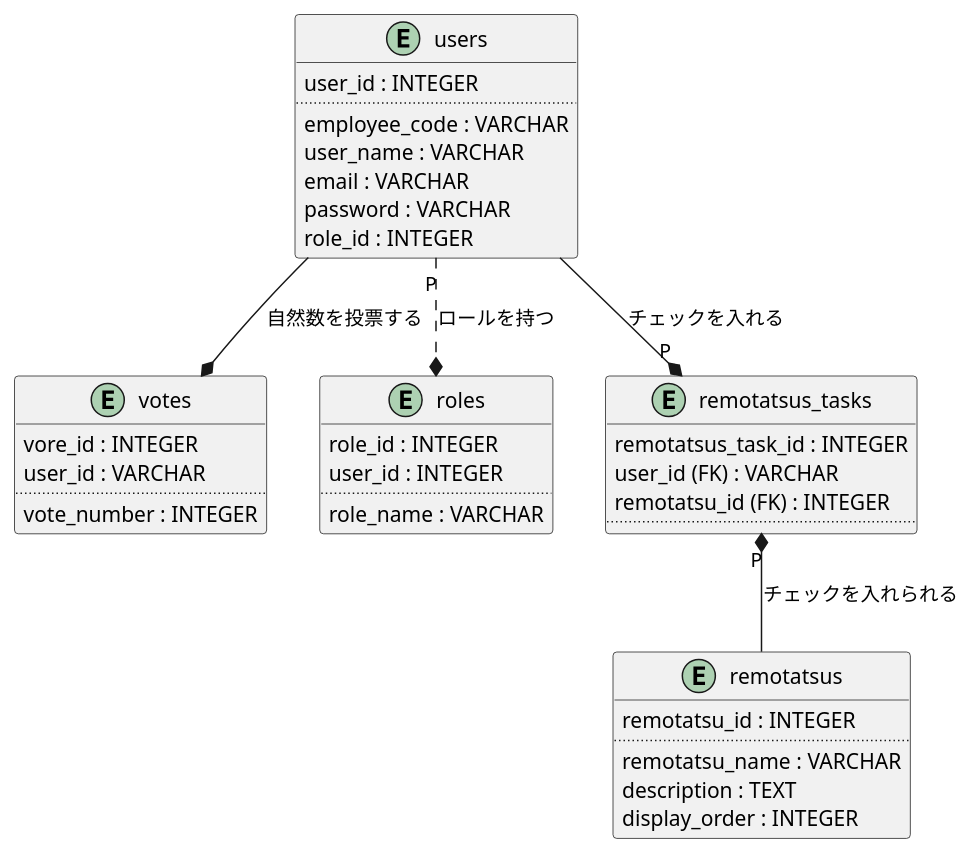
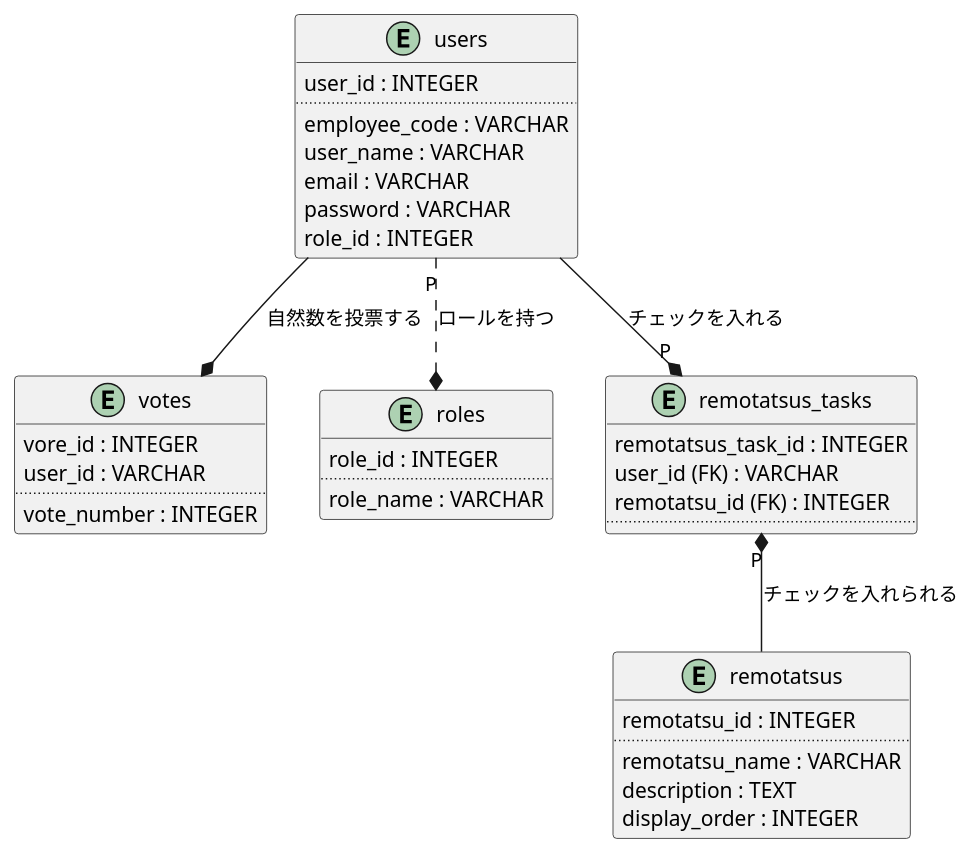
Before and after one commit to Inazuma110/remotatsu_jumbo: the first of 2 diagrams in design_doc.md, drawn with PlantUML. The commit also changed 7 other files, not shown here.

````diff
--- a/design_doc.md
+++ b/design_doc.md
@@ -3,49 +3,48 @@
 ```plantuml
 @startuml
 entity "users" as user_table {
   user_id : INTEGER
   ..
   employee_code : VARCHAR
   user_name : VARCHAR
   email : VARCHAR
   password : VARCHAR
   role_id : INTEGER
 }
 
 entity "votes" as vote_table {
   vore_id : INTEGER
   user_id : VARCHAR
   ..
   vote_number : INTEGER
 }
 
 entity "roles" as role_table {
   role_id : INTEGER
-  user_id : INTEGER
   ..
   role_name : VARCHAR
 }
 
 entity "remotatsus" as remotatsu_table{
   remotatsu_id : INTEGER
   ..
   remotatsu_name : VARCHAR
   description : TEXT
   display_order : INTEGER
 }
 
 entity "remotatsus_tasks" as check_table{
   remotatsus_task_id : INTEGER
   user_id (FK) : VARCHAR
   remotatsu_id (FK) : INTEGER
   ..
 }
 
 user_table --* "P" check_table : チェックを入れる
 check_table  "P" *-- remotatsu_table : チェックを入れられる
 user_table "P" ..* role_table : ロールを持つ
 user_table --* vote_table : 自然数を投票する
 
 
 @enduml
 ```
````
